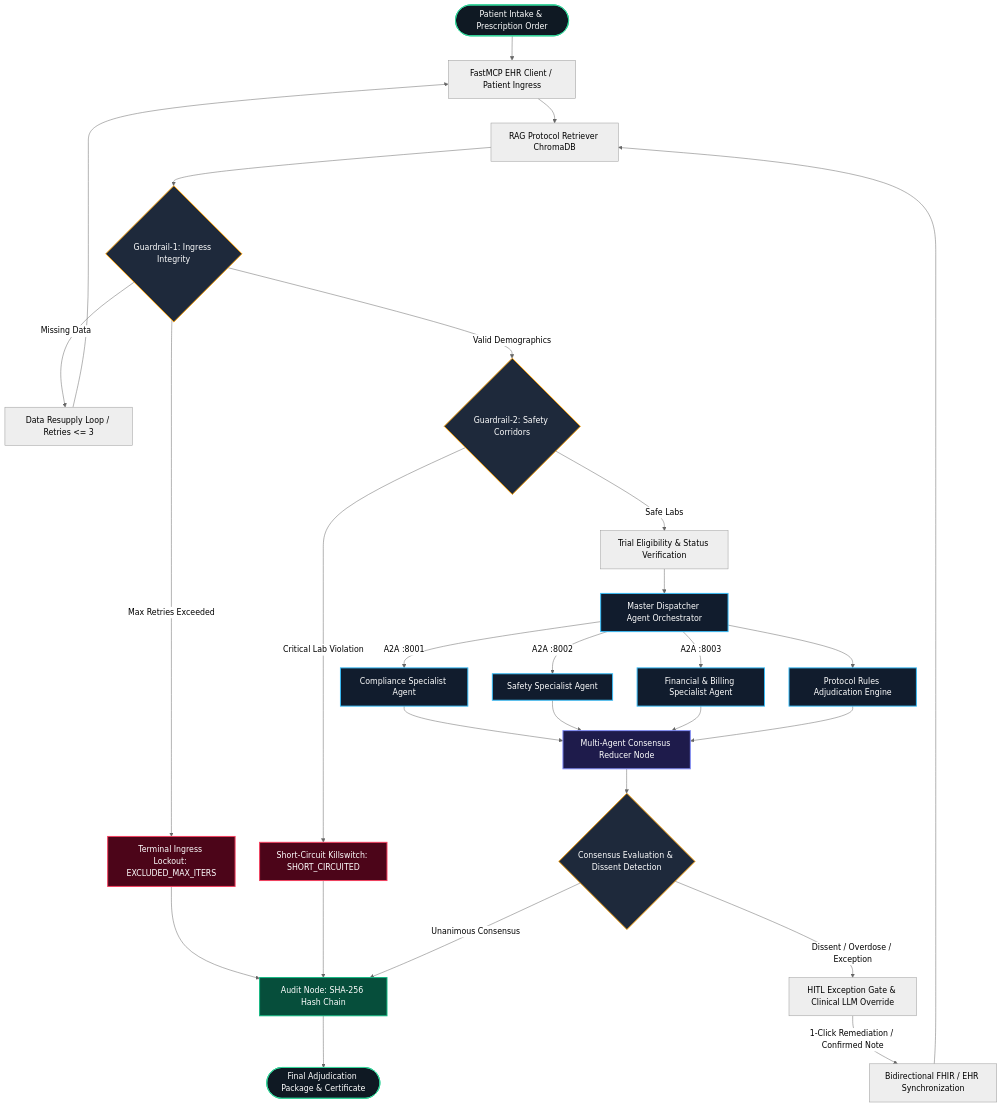
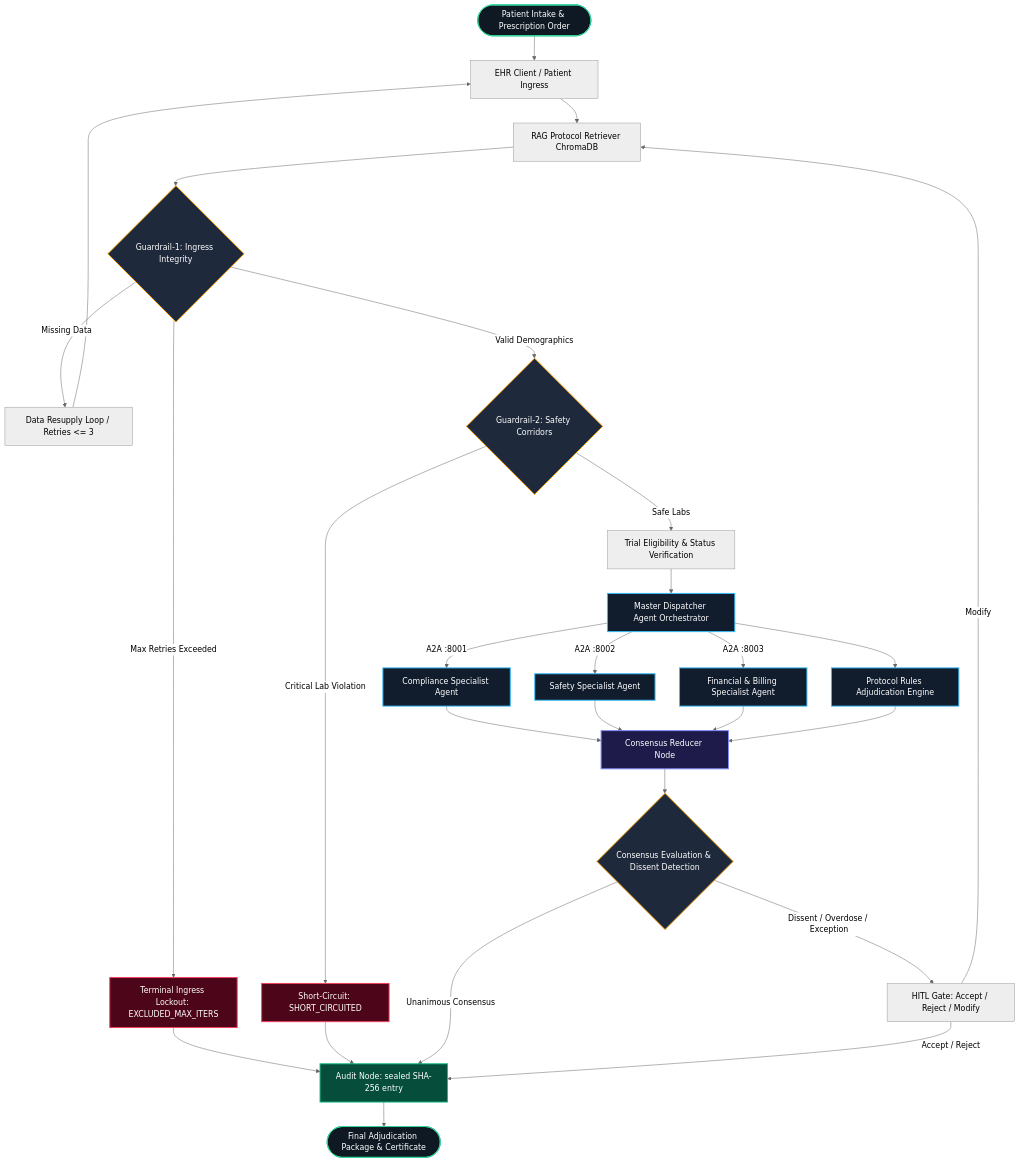
Before and after one commit to Pranjal-Kukreja/TrialGuard: the diagram in README.md, drawn with Mermaid (neutral theme). The commit also changed other lines of this file, not shown here.

````diff
--- a/README.md
+++ b/README.md
@@ -163,44 +178,44 @@
 ```mermaid
 graph TD
     classDef startEnd fill:#0F1923,stroke:#34D399,stroke-width:2px,color:#fff;
     classDef guardrail fill:#1E293B,stroke:#F59E0B,stroke-width:2px,color:#fff;
     classDef agent fill:#111C2D,stroke:#38BDF8,stroke-width:2px,color:#fff;
     classDef reducer fill:#1E1B4B,stroke:#818CF8,stroke-width:2px,color:#fff;
     classDef audit fill:#064E3B,stroke:#10B981,stroke-width:2px,color:#fff;
     classDef killswitch fill:#4C0519,stroke:#F43F5E,stroke-width:2px,color:#fff;
 
-    Start([Patient Intake & Prescription Order]):::startEnd --> FHIR[FastMCP EHR Client / Patient Ingress]
+    Start([Patient Intake & Prescription Order]):::startEnd --> FHIR[EHR Client / Patient Ingress]
     FHIR --> RAG[RAG Protocol Retriever ChromaDB]
     RAG --> G1{Guardrail-1: Ingress Integrity}:::guardrail
 
     G1 -- Missing Data --> Resupply[Data Resupply Loop / Retries <= 3]
     Resupply --> FHIR
     G1 -- Max Retries Exceeded --> Lockout[Terminal Ingress Lockout: EXCLUDED_MAX_ITERS]:::killswitch
     Lockout --> Audit
 
     G1 -- Valid Demographics --> G2{Guardrail-2: Safety Corridors}:::guardrail
-    G2 -- Critical Lab Violation --> ShortCircuit[Short-Circuit Killswitch: SHORT_CIRCUITED]:::killswitch
+    G2 -- Critical Lab Violation --> ShortCircuit[Short-Circuit: SHORT_CIRCUITED]:::killswitch
     ShortCircuit --> Audit
 
     G2 -- Safe Labs --> StatusCheck[Trial Eligibility & Status Verification]
     StatusCheck --> Master[Master Dispatcher Agent Orchestrator]:::agent
 
     Master -->|A2A :8001| CompAgent[Compliance Specialist Agent]:::agent
     Master -->|A2A :8002| SafeAgent[Safety Specialist Agent]:::agent
     Master -->|A2A :8003| FinAgent[Financial & Billing Specialist Agent]:::agent
     Master --> ProtocolAdj[Protocol Rules Adjudication Engine]:::agent
 
-    CompAgent --> Reducer[Multi-Agent Consensus Reducer Node]:::reducer
+    CompAgent --> Reducer[Consensus Reducer Node]:::reducer
     SafeAgent --> Reducer
     FinAgent --> Reducer
     ProtocolAdj --> Reducer
 
     Reducer --> HITL{Consensus Evaluation & Dissent Detection}:::guardrail
-    HITL -- Unanimous Consensus --> Audit[Audit Node: SHA-256 Hash Chain]:::audit
-    HITL -- Dissent / Overdose / Exception --> Drawer[HITL Exception Gate & Clinical LLM Override]
+    HITL -- Unanimous Consensus --> Audit[Audit Node: sealed SHA-256 entry]:::audit
+    HITL -- Dissent / Overdose / Exception --> Drawer[HITL Gate: Accept / Reject / Modify]
 
-    Drawer -- 1-Click Remediation / Confirmed Note --> FHIRSync[Bidirectional FHIR / EHR Synchronization]
-    FHIRSync --> RAG
+    Drawer -- Modify --> RAG
+    Drawer -- Accept / Reject --> Audit
 
     Audit --> Done([Final Adjudication Package & Certificate]):::startEnd
 ```
````
